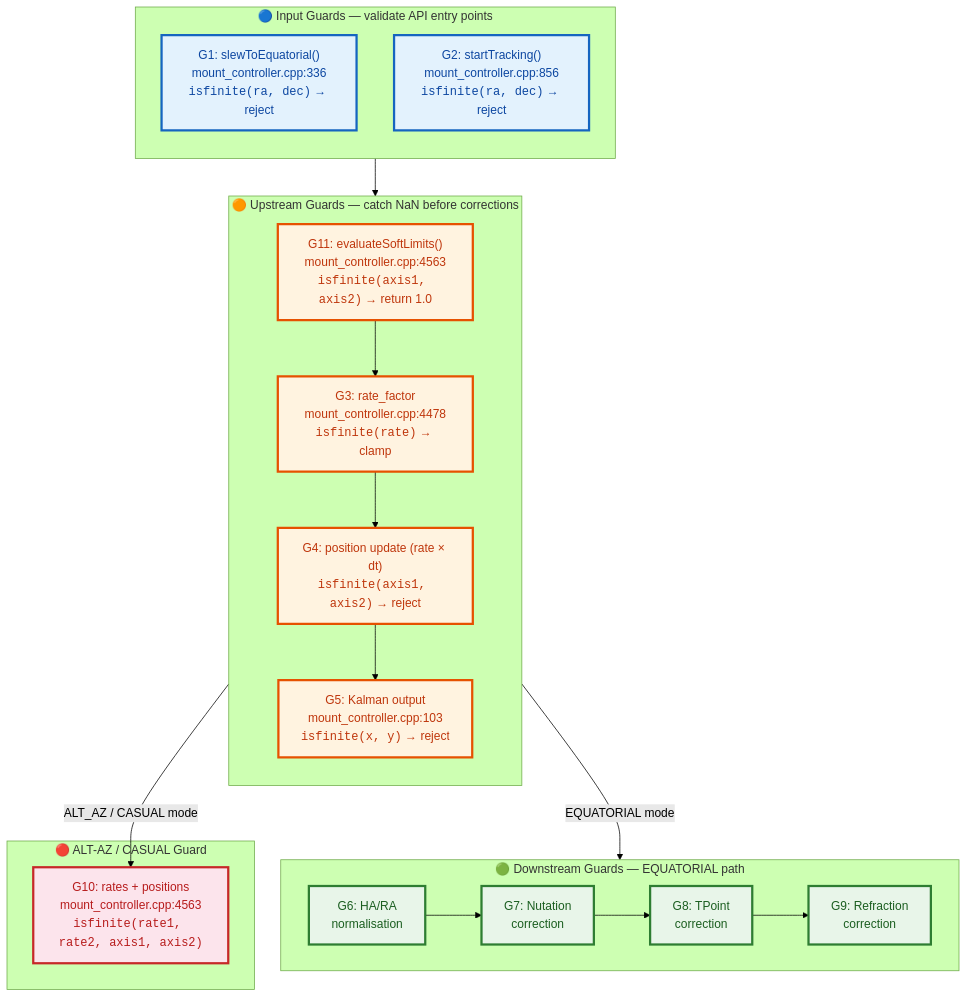
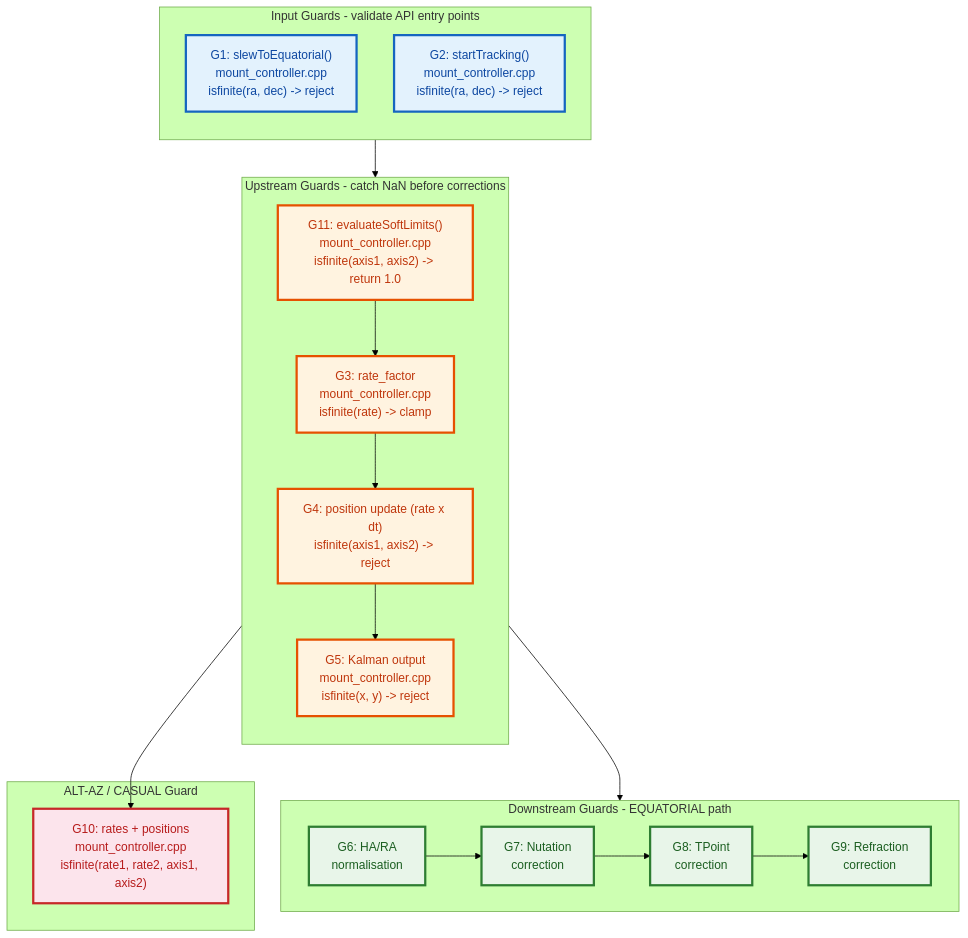
The seventh of 11 diagrams in docs/en/architecture.md (pielaszkiewicz-jacek/astro_mount_control), drawn with Mermaid (forest theme) before and after one commit. The commit also changed other lines of this file and 674 other files, not shown here.

````diff
--- a/docs/en/architecture.md
+++ b/docs/en/architecture.md
@@ -434,47 +534,49 @@
 ```mermaid
 flowchart TB
     %% Styles
     classDef input fill:#e3f2fd,stroke:#1565c0,stroke-width:3px,color:#0d47a1
     classDef upstream fill:#fff3e0,stroke:#e65100,stroke-width:3px,color:#bf360c
     classDef downstream fill:#e8f5e9,stroke:#2e7d32,stroke-width:3px,color:#1b5e20
     classDef altaz fill:#fce4ec,stroke:#c62828,stroke-width:3px,color:#b71c1c
 
-    subgraph INPUT["🔵 Input Guards — validate API entry points"]
+    subgraph INPUT["Input Guards - validate API entry points"]
         direction TB
-        G1["G1: slewToEquatorial()<br/>mount_controller.cpp:336<br/><code>isfinite(ra, dec)</code> → reject"]
-        G2["G2: startTracking()<br/>mount_controller.cpp:856<br/><code>isfinite(ra, dec)</code> → reject"]
+        G1["G1: slewToEquatorial()<br/>mount_controller.cpp<br/>isfinite(ra, dec) -> reject"]
+        G2["G2: startTracking()<br/>mount_controller.cpp<br/>isfinite(ra, dec) -> reject"]
     end
 
-    subgraph UPSTREAM["🟠 Upstream Guards — catch NaN before corrections"]
+    subgraph UPSTREAM["Upstream Guards - catch NaN before corrections"]
         direction TB
-        G11["G11: evaluateSoftLimits()<br/>mount_controller.cpp:4563<br/><code>isfinite(axis1, axis2)</code> → return 1.0"]
-        G3["G3: rate_factor<br/>mount_controller.cpp:4478<br/><code>isfinite(rate)</code> → clamp"]
-        G4["G4: position update (rate × dt)<br/><code>isfinite(axis1, axis2)</code> → reject"]
-        G5["G5: Kalman output<br/>mount_controller.cpp:103<br/><code>isfinite(x, y)</code> → reject"]
+        G11["G11: evaluateSoftLimits()<br/>mount_controller.cpp<br/>isfinite(axis1, axis2) -> return 1.0"]
+        G3["G3: rate_factor<br/>mount_controller.cpp<br/>isfinite(rate) -> clamp"]
+        G4["G4: position update (rate x dt)<br/>isfinite(axis1, axis2) -> reject"]
+        G5["G5: Kalman output<br/>mount_controller.cpp<br/>isfinite(x, y) -> reject"]
     end
 
-    subgraph DOWNSTREAM["🟢 Downstream Guards — EQUATORIAL path"]
+    subgraph DOWNSTREAM["Downstream Guards - EQUATORIAL path"]
         direction LR
         G6["G6: HA/RA<br/>normalisation"]
         G7["G7: Nutation<br/>correction"]
         G8["G8: TPoint<br/>correction"]
         G9["G9: Refraction<br/>correction"]
     end
 
-    subgraph ALTAZ["🔴 ALT-AZ / CASUAL Guard"]
-        G10["G10: rates + positions<br/>mount_controller.cpp:4563<br/><code>isfinite(rate1, rate2, axis1, axis2)</code>"]
+    subgraph ALTAZ["ALT-AZ / CASUAL Guard"]
+        G10["G10: rates + positions<br/>mount_controller.cpp<br/>isfinite(rate1, rate2, axis1, axis2)"]
     end
 
     INPUT --> G11
     G11 --> G3
     G3 --> G4
     G4 --> G5
-    G5 -->|"EQUATORIAL mode"| G6
-    G5 -->|"ALT_AZ / CASUAL mode"| G10
-    G6 --> G7 --> G8 --> G9
+    G5 --> G6
+    G5 --> G10
+    G6 --> G7
+    G7 --> G8
+    G8 --> G9
 
     class G1,G2 input
     class G11,G3,G4,G5 upstream
     class G6,G7,G8,G9 downstream
     class G10 altaz
 ```
````
